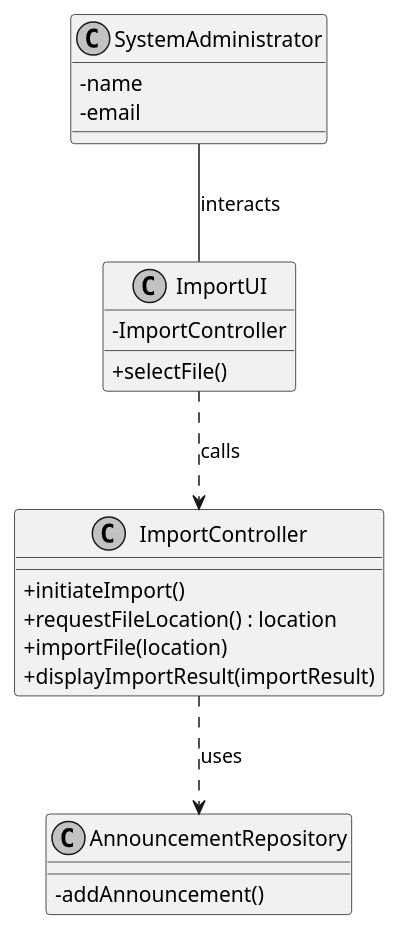
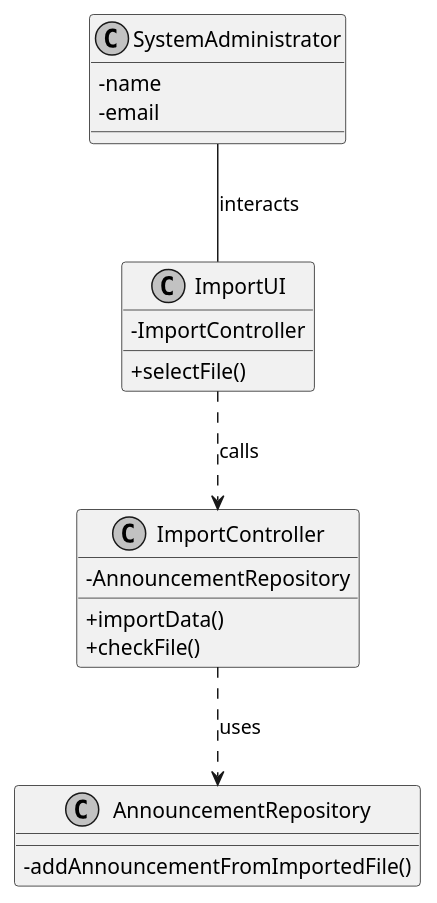
One commit to Goncalves2525/real-estate-management-system changed the diagram in docs/sprintC/us012/03.design/puml/us012-class-diagram.puml. Above: the diagram before and after it, drawn with PlantUML. The commit also changed 9 other files, not shown here.

Commit message:
SD & SSD [US012] Improved Property Validation Changes to Global Class Diagram

```diff
--- a/docs/sprintC/us012/03.design/puml/us012-class-diagram.puml
+++ b/docs/sprintC/us012/03.design/puml/us012-class-diagram.puml
@@ -1,44 +1,43 @@
 @startuml
 skinparam monochrome true
 skinparam packageStyle rectangle
 skinparam shadowing false
 skinparam linetype polyline
 skinparam classAttributeIconSize 0
 
 'left to right direction
 
 'class LegacySystem {
 '    + loadData(location) : importResult
 '}
 
 class SystemAdministrator {
     - name
     - email
 }
 
 class ImportController {
-    + initiateImport()
-    + requestFileLocation() : location
-    + importFile(location)
-    + displayImportResult(importResult)
+    - AnnouncementRepository
+    + importData()
+    + checkFile()
 }
 
 class ImportUI {
     - ImportController
     + selectFile()
 }
 
 class AnnouncementRepository {
-    - addAnnouncement()
+    - addAnnouncementFromImportedFile()
 }
 
 
 ImportUI ..> ImportController : calls
 
 'ImportInformationController --> LegacySystem : uses
 
 SystemAdministrator -- ImportUI : interacts
 
 ImportController ..> AnnouncementRepository : uses
 
 @enduml
```
